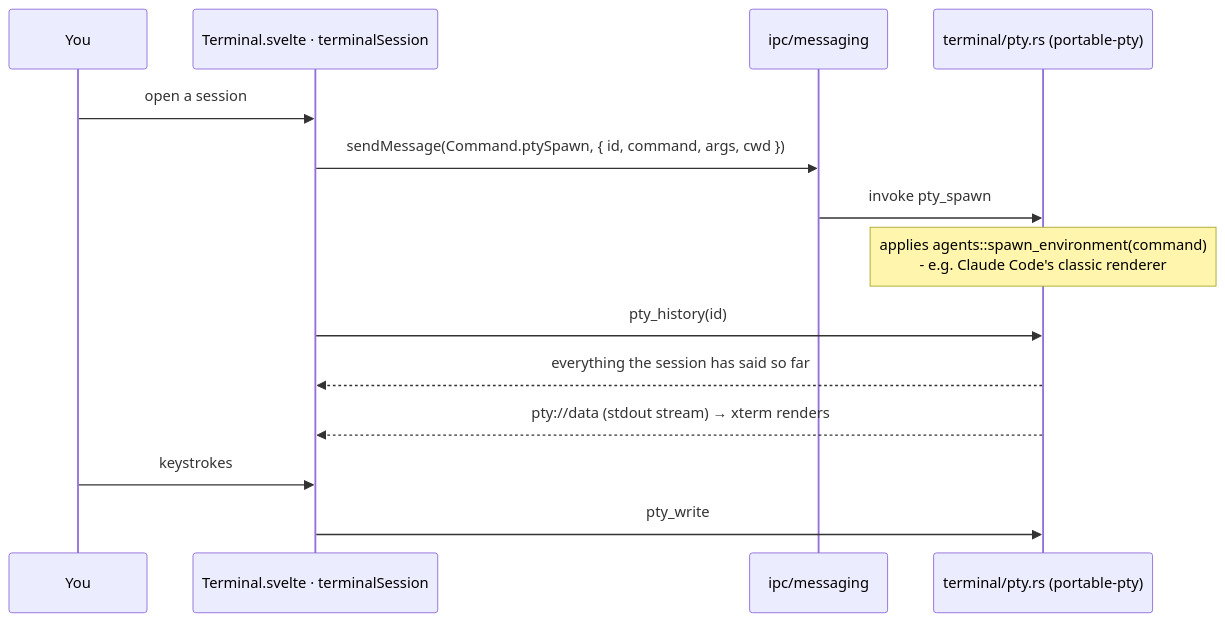
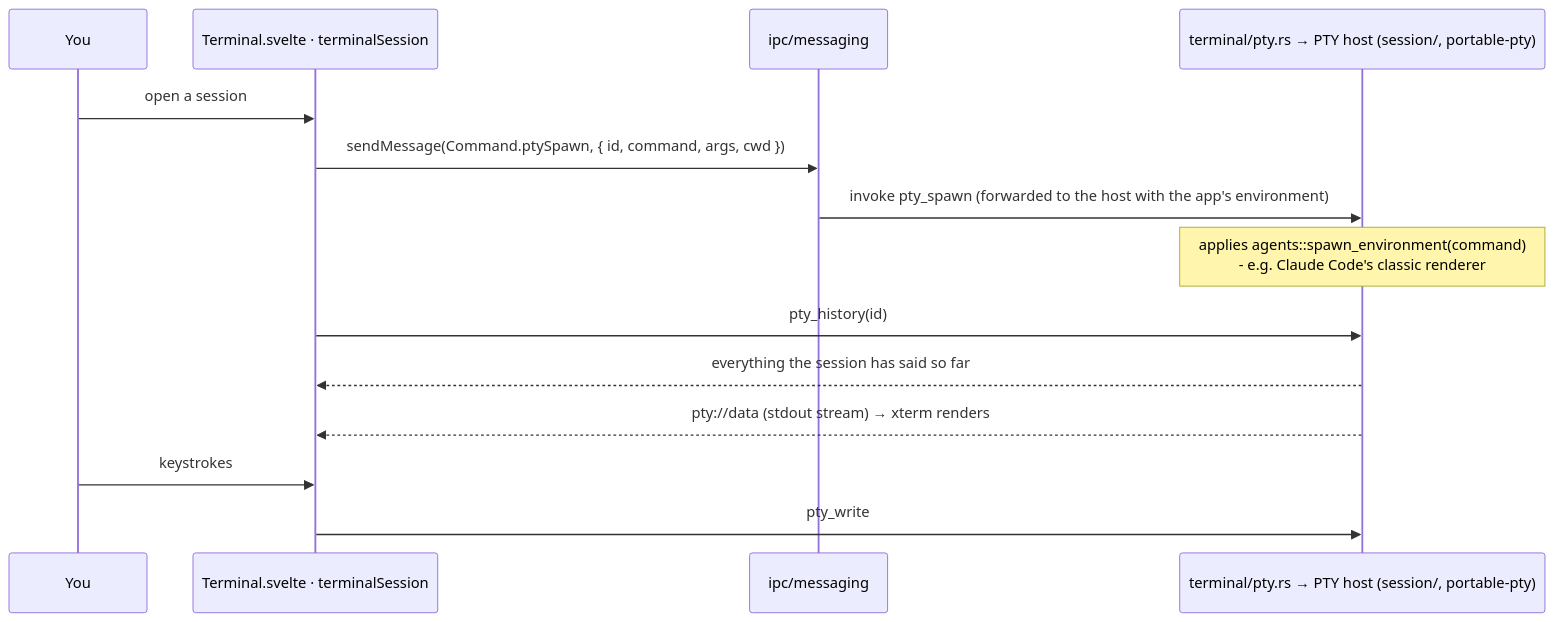
Before and after one commit to avi12/pade: the sixth of 13 diagrams in ARCHITECTURE.md, drawn with Mermaid. The commit also changed other lines of this file and 26 other files, not shown here.

````diff
--- a/ARCHITECTURE.md
+++ b/ARCHITECTURE.md
@@ -173,16 +225,16 @@
 ```mermaid
 sequenceDiagram
   participant You
   participant T as Terminal.svelte · terminalSession
   participant B as ipc/messaging
-  participant R as terminal/pty.rs (portable-pty)
+  participant R as terminal/pty.rs → PTY host (session/, portable-pty)
   You->>T: open a session
   T->>B: sendMessage(Command.ptySpawn, { id, command, args, cwd })
-  B->>R: invoke pty_spawn
+  B->>R: invoke pty_spawn (forwarded to the host with the app's environment)
   Note over R: applies agents::spawn_environment(command)<br/>- e.g. Claude Code's classic renderer
   T->>R: pty_history(id)
   R-->>T: everything the session has said so far
   R-->>T: pty://data (stdout stream) → xterm renders
   You->>T: keystrokes
   T->>R: pty_write
 ```
````
